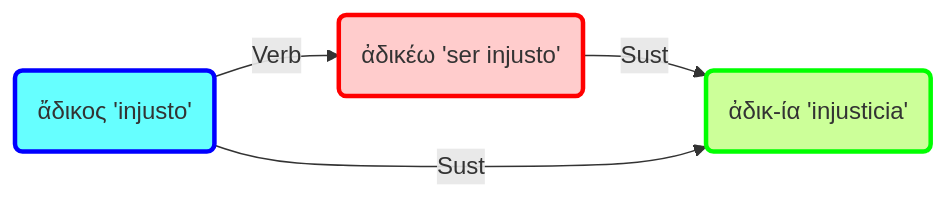
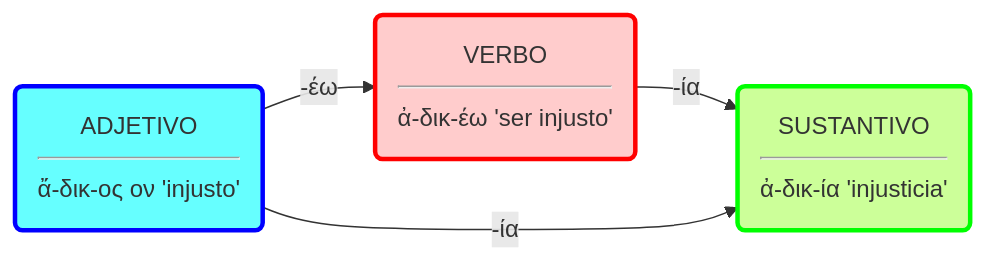
Before and after one commit to pajaro1966/Asignaturas: the fourth of 4 diagrams in docs/Proyecto_Innova_2025_2026/notas/Suf_ia.md, drawn with Mermaid. The commit also changed other lines of this file and 4 other files, not shown here.

````diff
--- a/docs/Proyecto_Innova_2025_2026/notas/Suf_ia.md
+++ b/docs/Proyecto_Innova_2025_2026/notas/Suf_ia.md
@@ -182,36 +126,37 @@
 ```mermaid
 graph LR
 
-Sust2 --"Verb"-->Sust1("ἀδικέω 'ser injusto'")--"Sust"-->Sust12b("ἀδικ-ία 'injusticia'")
+Sust2 -->|"-έω"|Sust1("VERBO<hr>ἀ-δικ-έω 'ser injusto'")-->|"-ία"|Sust12b("SUSTANTIVO<hr>ἀ-δικ-ία 'injusticia'")
 Sust1:::Verb
 Sust12b:::Sust
 
-Sust2("ἄδικος 'injusto'")--"Sust"-->Sust12b
+Sust2("ADJETIVO<hr>ἄ-δικ-ος ον 'injusto'")-->|"-ία"|Sust12b
+
 Sust2:::Adj
 
 classDef Verb stroke:#f00, stroke-width:3px
 classDef Sust stroke:#0f0, stroke-width:3px
 classDef Adj stroke:#00f, stroke-width:3px
 classDef Adv stroke:brown, stroke-width:3px
 classDef Nada stroke:#000000, stroke-width:2px
 classDef Raíz stroke:#000000, stroke-width:3px
 
 classDef Prep stroke:black, stroke-width:3px
 
 classDef Prep stroke:yellow, stroke-width:3px
 classDef SP stroke:yellow, stroke-width:3px
 
 classDef Inf stroke-width:1px, stroke-dasharray: 10, 5
 classDef Verb fill:#ffCCCC
 classDef Sust fill:#CCff99
 classDef Adj fill:#66FFFF
 classDef Adv fill:Bisque
 classDef Nada fill:#ffffff
 classDef Raíz fill:#ffffff
 
 classDef Pref fill:LightGray
 
 classDef Prep fill:LemonChiffon
 classDef SP fill:#CCff99
 
 ```
````
